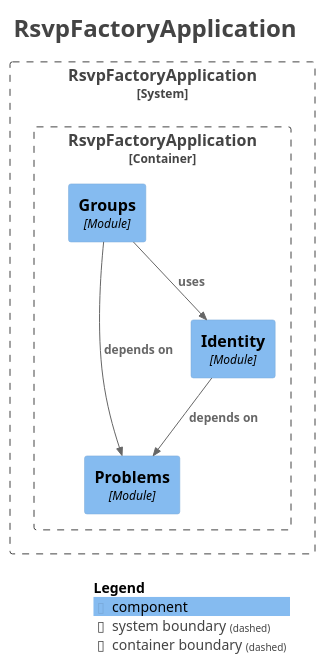
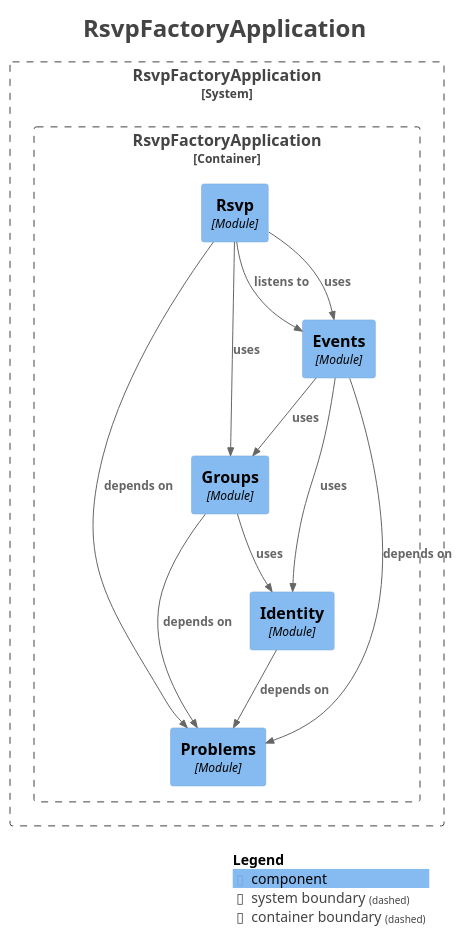
The diagram in docs/modules/components.puml (kylehoehns/rsvp-factory), drawn with PlantUML before and after one commit. The commit also changed 29 other files, not shown here.

```diff
--- a/docs/modules/components.puml
+++ b/docs/modules/components.puml
@@ -1,33 +1,42 @@
 @startuml
 title <size:24>RsvpFactoryApplication</size>
 
 set separator none
 top to bottom direction
 
 <style>
   root {
     BackgroundColor: #ffffff
     FontColor: #444444
   }
 </style>
 
 !include <C4/C4>
 !include <C4/C4_Context>
 !include <C4/C4_Component>
 
 System_Boundary("RsvpFactoryApplication_boundary", "RsvpFactoryApplication", $tags="") {
   Container_Boundary("RsvpFactoryApplication.RsvpFactoryApplication_boundary", "RsvpFactoryApplication", $tags="") {
     Component(RsvpFactoryApplication.RsvpFactoryApplication.Problems, "Problems", $techn="Module", $descr="", $tags="", $link="")
     Component(RsvpFactoryApplication.RsvpFactoryApplication.Identity, "Identity", $techn="Module", $descr="", $tags="", $link="")
     Component(RsvpFactoryApplication.RsvpFactoryApplication.Groups, "Groups", $techn="Module", $descr="", $tags="", $link="")
+    Component(RsvpFactoryApplication.RsvpFactoryApplication.Events, "Events", $techn="Module", $descr="", $tags="", $link="")
+    Component(RsvpFactoryApplication.RsvpFactoryApplication.Rsvp, "Rsvp", $techn="Module", $descr="", $tags="", $link="")
   }
 
 }
 
+Rel(RsvpFactoryApplication.RsvpFactoryApplication.Groups, RsvpFactoryApplication.RsvpFactoryApplication.Identity, "uses", $techn="", $tags="", $link="")
 Rel(RsvpFactoryApplication.RsvpFactoryApplication.Identity, RsvpFactoryApplication.RsvpFactoryApplication.Problems, "depends on", $techn="", $tags="", $link="")
+Rel(RsvpFactoryApplication.RsvpFactoryApplication.Rsvp, RsvpFactoryApplication.RsvpFactoryApplication.Events, "listens to", $techn="", $tags="", $link="")
+Rel(RsvpFactoryApplication.RsvpFactoryApplication.Rsvp, RsvpFactoryApplication.RsvpFactoryApplication.Problems, "depends on", $techn="", $tags="", $link="")
+Rel(RsvpFactoryApplication.RsvpFactoryApplication.Rsvp, RsvpFactoryApplication.RsvpFactoryApplication.Events, "uses", $techn="", $tags="", $link="")
+Rel(RsvpFactoryApplication.RsvpFactoryApplication.Rsvp, RsvpFactoryApplication.RsvpFactoryApplication.Groups, "uses", $techn="", $tags="", $link="")
+Rel(RsvpFactoryApplication.RsvpFactoryApplication.Events, RsvpFactoryApplication.RsvpFactoryApplication.Problems, "depends on", $techn="", $tags="", $link="")
+Rel(RsvpFactoryApplication.RsvpFactoryApplication.Events, RsvpFactoryApplication.RsvpFactoryApplication.Identity, "uses", $techn="", $tags="", $link="")
+Rel(RsvpFactoryApplication.RsvpFactoryApplication.Events, RsvpFactoryApplication.RsvpFactoryApplication.Groups, "uses", $techn="", $tags="", $link="")
 Rel(RsvpFactoryApplication.RsvpFactoryApplication.Groups, RsvpFactoryApplication.RsvpFactoryApplication.Problems, "depends on", $techn="", $tags="", $link="")
-Rel(RsvpFactoryApplication.RsvpFactoryApplication.Groups, RsvpFactoryApplication.RsvpFactoryApplication.Identity, "uses", $techn="", $tags="", $link="")
 
 SHOW_LEGEND(true)
 hide stereotypes
 @enduml
```
